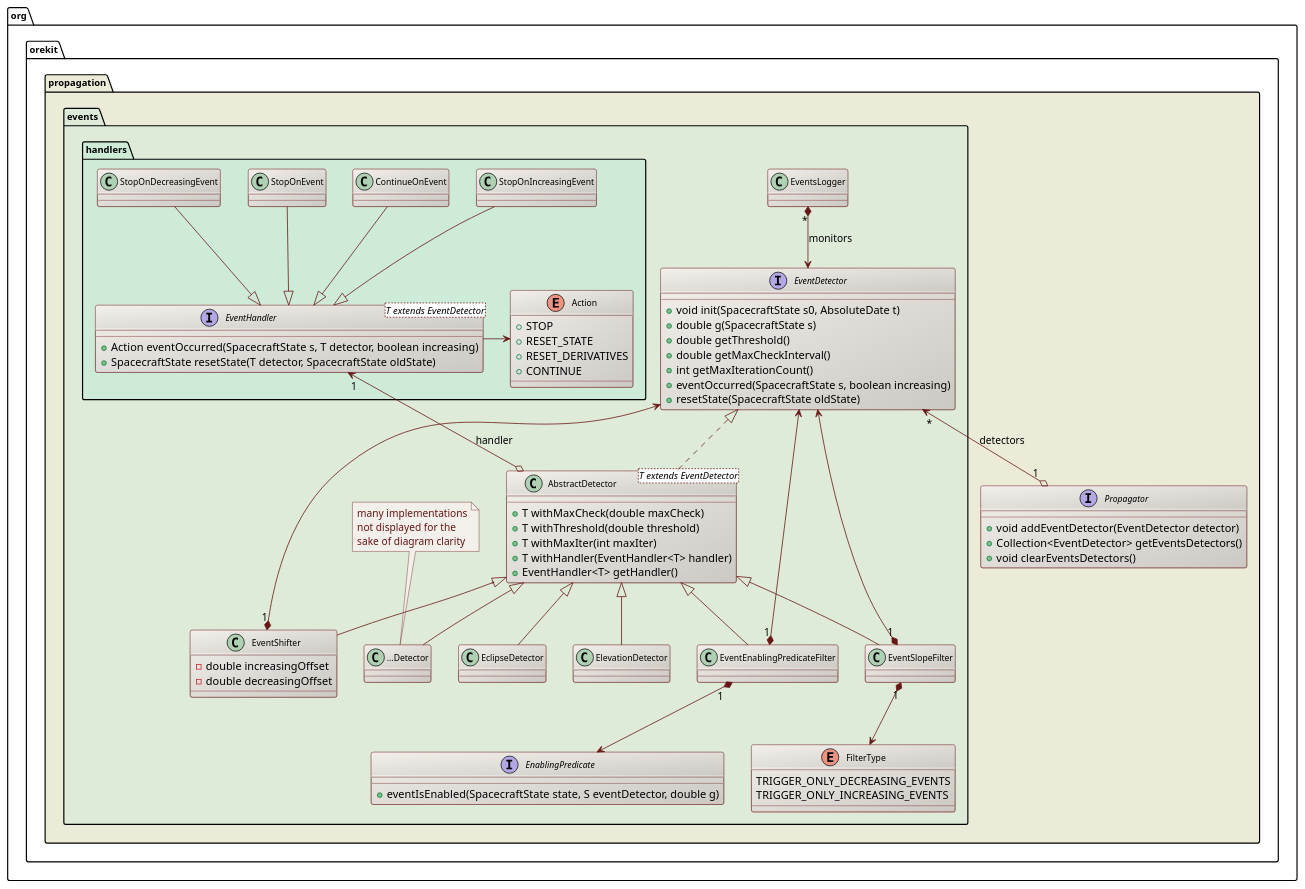
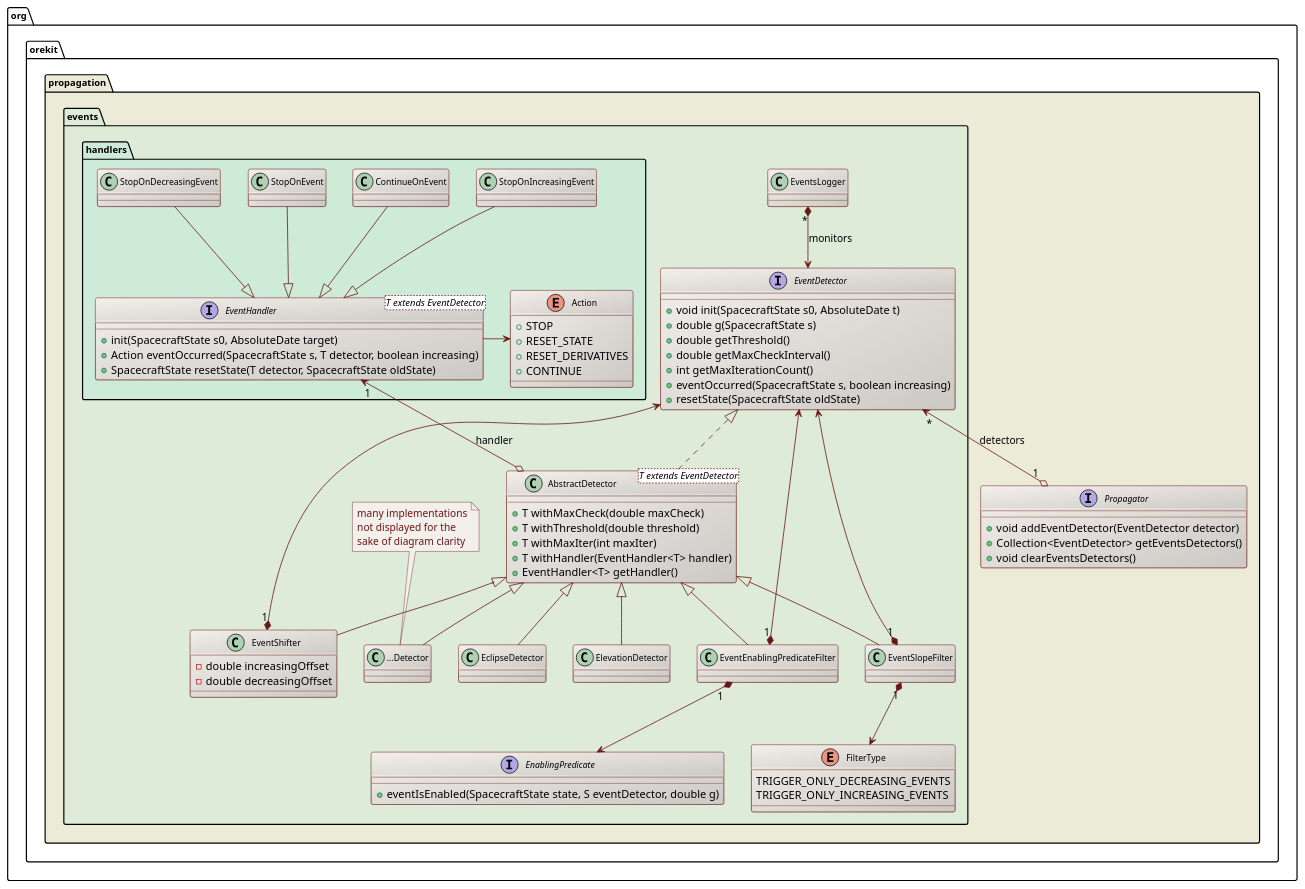
Before and after one commit to CS-SI/Orekit: the diagram in src/design/events-class-diagram.puml, drawn with PlantUML. The commit also changed 11 other files, not shown here.

```diff
--- a/src/design/events-class-diagram.puml
+++ b/src/design/events-class-diagram.puml
@@ -17,110 +17,111 @@
 @startuml
 
   skinparam svek                  true
   skinparam ClassBackgroundColor  #F3EFEB/CCC9C5
   skinparam ClassArrowColor       #691616
   skinparam ClassBorderColor      #691616
   skinparam NoteBackgroundColor   #F3EFEB
   skinparam NoteBorderColor       #691616
   skinparam NoteFontColor         #691616
   skinparam ClassFontSize         11
   skinparam PackageFontSize       12
 
   package org.orekit.propagation #ECEBD8 {
 
     package events #DDEBD8 {
 
       package handlers #CEEBD8 {
 
         interface "EventHandler<T extends EventDetector>" as EventHandler_T_ {
+          +init(SpacecraftState s0, AbsoluteDate target)
           +Action eventOccurred(SpacecraftState s, T detector, boolean increasing)
           +SpacecraftState resetState(T detector, SpacecraftState oldState)
         }
 
         enum Action {
           +STOP
           +RESET_STATE
           +RESET_DERIVATIVES
           +CONTINUE
         }
 
         ContinueOnEvent       --|> EventHandler_T_
         StopOnEvent           --|> EventHandler_T_
         StopOnDecreasingEvent --|> EventHandler_T_
         StopOnIncreasingEvent --|> EventHandler_T_
 
       }
 
       class EventsLogger
 
       interface EventDetector {
         +void init(SpacecraftState s0, AbsoluteDate t)
         +double g(SpacecraftState s)
         +double getThreshold()
         +double getMaxCheckInterval()
         +int getMaxIterationCount()
         +eventOccurred(SpacecraftState s, boolean increasing)
         +resetState(SpacecraftState oldState)
       }
 
       class EventShifter {
        -double increasingOffset
        -double decreasingOffset
       }
 
       EventDetector <--* "1" EventShifter 
       class "AbstractDetector<T extends EventDetector>" as AbstractDetector_T_ {
         +T withMaxCheck(double maxCheck)
         +T withThreshold(double threshold)
         +T withMaxIter(int maxIter)
         +T withHandler(EventHandler<T> handler)
         +EventHandler<T> getHandler()
       }
 
       enum FilterType {
 	    TRIGGER_ONLY_DECREASING_EVENTS
 	    TRIGGER_ONLY_INCREASING_EVENTS
       }
 
       interface EnablingPredicate {
         +eventIsEnabled(SpacecraftState state, S eventDetector, double g)
       }
 
       EventsLogger "*" *--> EventDetector : monitors
 
       EventDetector <--* "1" EventSlopeFilter 
       EventSlopeFilter "1" *--> FilterType
 
       EventDetector <--* "1" EventEnablingPredicateFilter 
       EventEnablingPredicateFilter "1" *--> EnablingPredicate
 
       AbstractDetector_T_ <|-- EventShifter  
       AbstractDetector_T_ <|-- EventSlopeFilter  
       AbstractDetector_T_ <|-- EventEnablingPredicateFilter  
 
       Action <-left- EventHandler_T_
       EventDetector       <|.. AbstractDetector_T_
       AbstractDetector_T_ <|-- EclipseDetector
       AbstractDetector_T_ <|-- ElevationDetector
       class "...Detector" as DummyDetector
       AbstractDetector_T_ <|-- DummyDetector
       note top
         many implementations
         not displayed for the
         sake of diagram clarity
       end note
 
       EventHandler_T_ "1" <--o AbstractDetector_T_ : handler
 
     }
 
     interface Propagator {
       +void addEventDetector(EventDetector detector)
       +Collection<EventDetector> getEventsDetectors()
       +void clearEventsDetectors()
     }
     EventDetector "*" <--o "1" Propagator : detectors
 
   }
 
 @enduml
```
